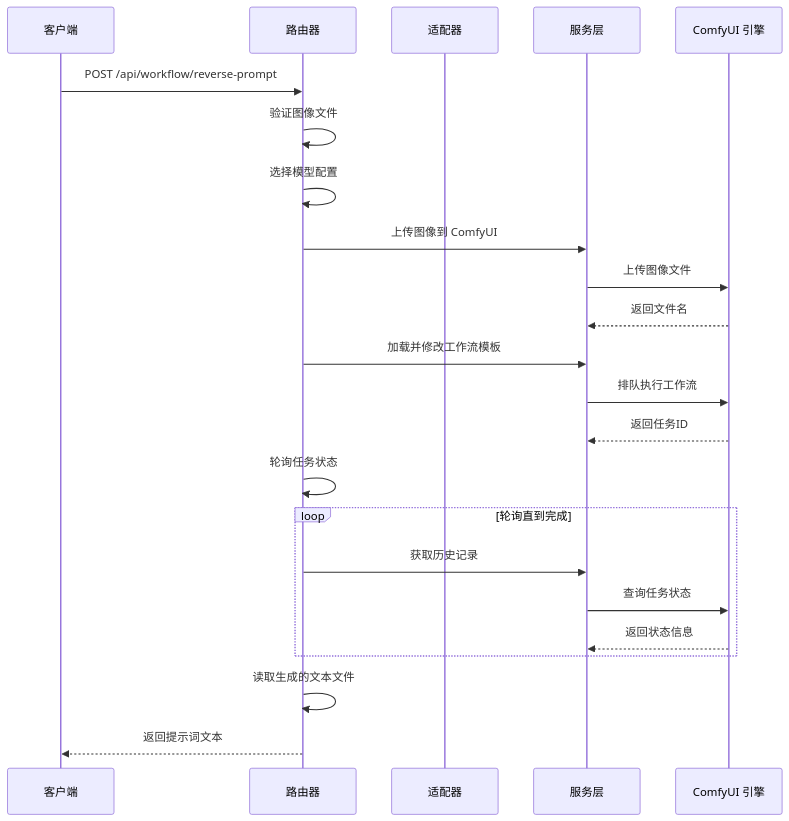
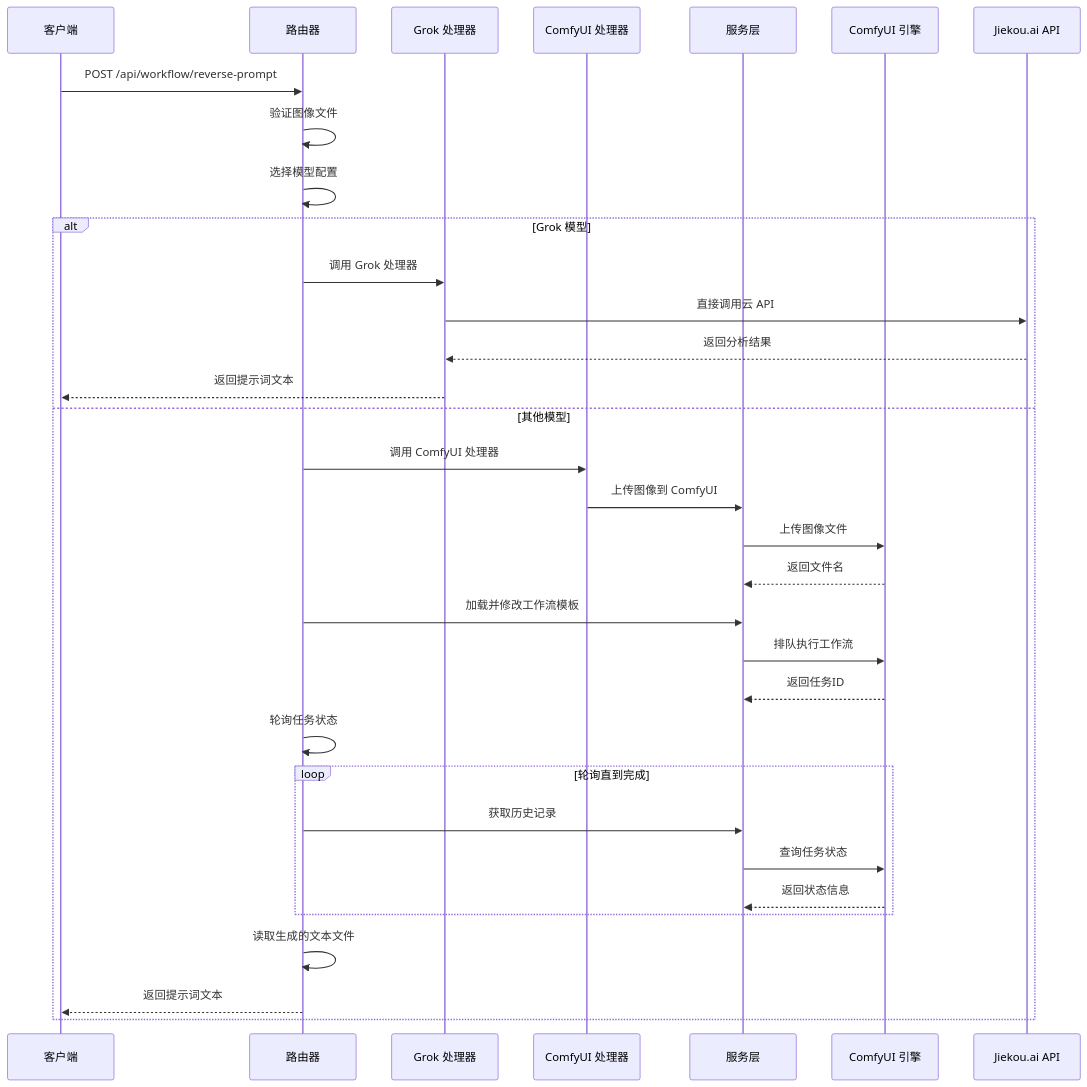
One commit to billye220670/CorineKit_Pix2Real changed the second of 4 diagrams in .qoder/repowiki/zh/content/API 参考文档/工作流 API/专业功能 API/提示词反推 API.md. Above: the diagram before and after it, drawn with Mermaid. The commit also changed other lines of this file and 54 other files, not shown here.

First line of the commit message:
feat: 模型下拉菜单元数据管理（缩略图+重命名）及session mask恢复优化

````diff
--- a/.qoder/repowiki/zh/content/API 参考文档/工作流 API/专业功能 API/提示词反推 API.md
+++ b/.qoder/repowiki/zh/content/API 参考文档/工作流 API/专业功能 API/提示词反推 API.md
@@ -99,25 +118,35 @@
 ```mermaid
 sequenceDiagram
 participant Client as 客户端
 participant Router as 路由器
-participant Adapter as 适配器
+participant GrokHandler as Grok 处理器
+participant ComfyUIHandler as ComfyUI 处理器
 participant Service as 服务层
 participant ComfyUI as ComfyUI 引擎
+participant JiekouAPI as Jiekou.ai API
 Client->>Router : POST /api/workflow/reverse-prompt
 Router->>Router : 验证图像文件
 Router->>Router : 选择模型配置
-Router->>Service : 上传图像到 ComfyUI
+alt Grok 模型
+Router->>GrokHandler : 调用 Grok 处理器
+GrokHandler->>JiekouAPI : 直接调用云 API
+JiekouAPI-->>GrokHandler : 返回分析结果
+GrokHandler-->>Client : 返回提示词文本
+else 其他模型
+Router->>ComfyUIHandler : 调用 ComfyUI 处理器
+ComfyUIHandler->>Service : 上传图像到 ComfyUI
 Service->>ComfyUI : 上传图像文件
 ComfyUI-->>Service : 返回文件名
 Router->>Service : 加载并修改工作流模板
 Service->>ComfyUI : 排队执行工作流
 ComfyUI-->>Service : 返回任务ID
 Router->>Router : 轮询任务状态
 loop 轮询直到完成
 Router->>Service : 获取历史记录
 Service->>ComfyUI : 查询任务状态
 ComfyUI-->>Service : 返回状态信息
 end
 Router->>Router : 读取生成的文本文件
 Router-->>Client : 返回提示词文本
+end
 ```
````
